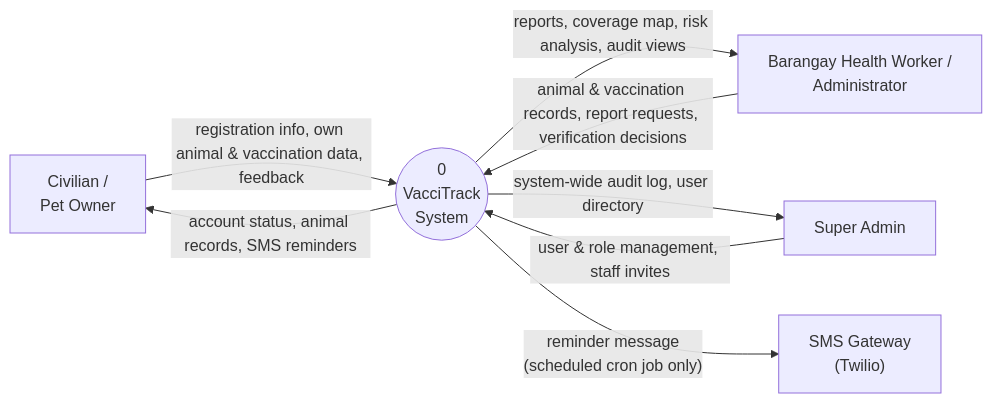
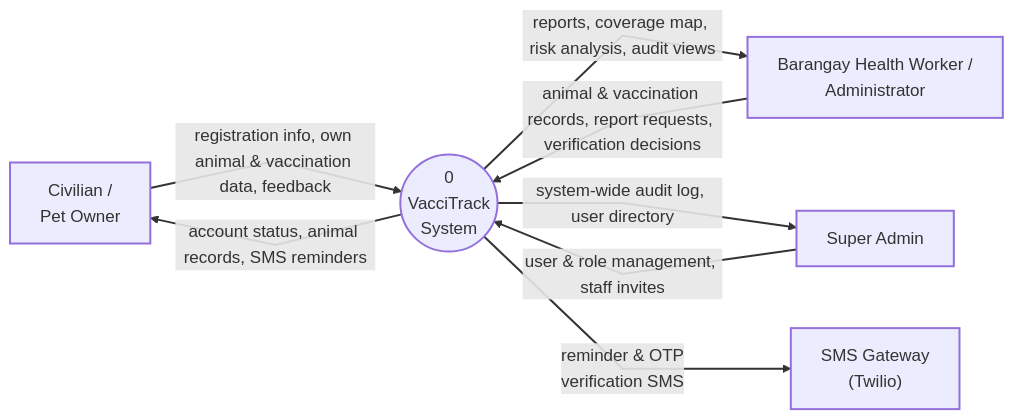
Before and after one commit to kiniakoangaccount/vaccitrack-capstone: the sixth of 8 diagrams in DIAGRAMS.md, drawn with Mermaid. The commit also changed other lines of this file and 8 other files, not shown here.

First line of the commit message:
Fix SMS-path inconsistency in system diagrams, add geocoding integration, render diagram screenshots

````diff
--- a/DIAGRAMS.md
+++ b/DIAGRAMS.md
@@ -217,20 +238,24 @@
 ```mermaid
+%%{init: {'flowchart': {'curve': 'linear'}, 'themeVariables': {'fontSize': '17px'}}}%%
 flowchart LR
+  classDef default stroke-width:2px;
+
   CIV["Civilian /<br/>Pet Owner"]
   STAFF["Barangay Health Worker /<br/>Administrator"]
   SUPER["Super Admin"]
   SMS["SMS Gateway<br/>(Twilio)"]
 
   SYS(("0<br/>VacciTrack<br/>System"))
 
   CIV -- "registration info, own animal & vaccination data, feedback" --> SYS
   SYS -- "account status, animal records, SMS reminders" --> CIV
 
   STAFF -- "animal & vaccination records, report requests, verification decisions" --> SYS
   SYS -- "reports, coverage map, risk analysis, audit views" --> STAFF
 
   SUPER -- "user & role management, staff invites" --> SYS
   SYS -- "system-wide audit log, user directory" --> SUPER
 
-  SYS -- "reminder message<br/>(scheduled cron job only)" --> SMS
+  SYS -- "reminder & OTP<br/>verification SMS" --> SMS
+  linkStyle default stroke-width:2px;
 ```
````
